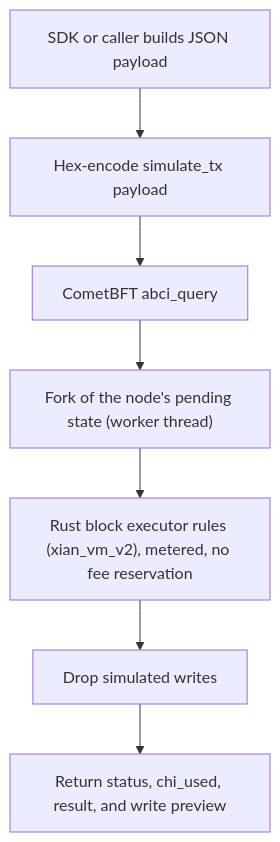
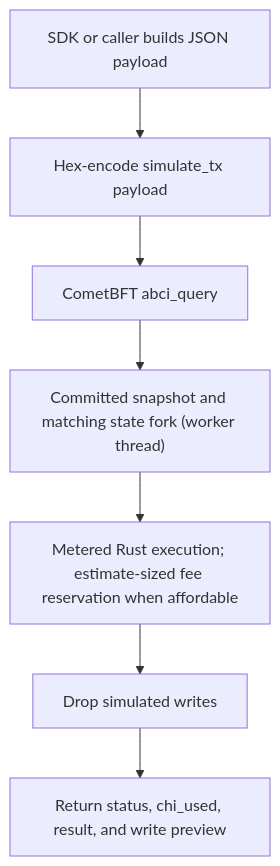
Before and after one commit to xian-technology/xian-docs-web: the diagram in api/dry-runs.md, drawn with Mermaid. The commit also changed other lines of this file and 29 other files, not shown here.

````diff
--- a/api/dry-runs.md
+++ b/api/dry-runs.md
@@ -30,17 +30,17 @@
 ```mermaid
 flowchart TD
   SDK["SDK or caller builds JSON payload"]
   Encode["Hex-encode simulate_tx payload"]
   Query["CometBFT abci_query"]
-  Worker["Fork of the node's pending state (worker thread)"]
-  Runtime["Rust block executor rules (xian_vm_v2), metered, no fee reservation"]
+  Worker["Committed snapshot and matching state fork (worker thread)"]
+  Runtime["Metered Rust execution; estimate-sized fee reservation when affordable"]
   Drop["Drop simulated writes"]
   Result["Return status, chi_used, result, and write preview"]
 
   SDK --> Encode
   Encode --> Query
   Query --> Worker
   Worker --> Runtime
   Runtime --> Drop
   Drop --> Result
 ```
````
